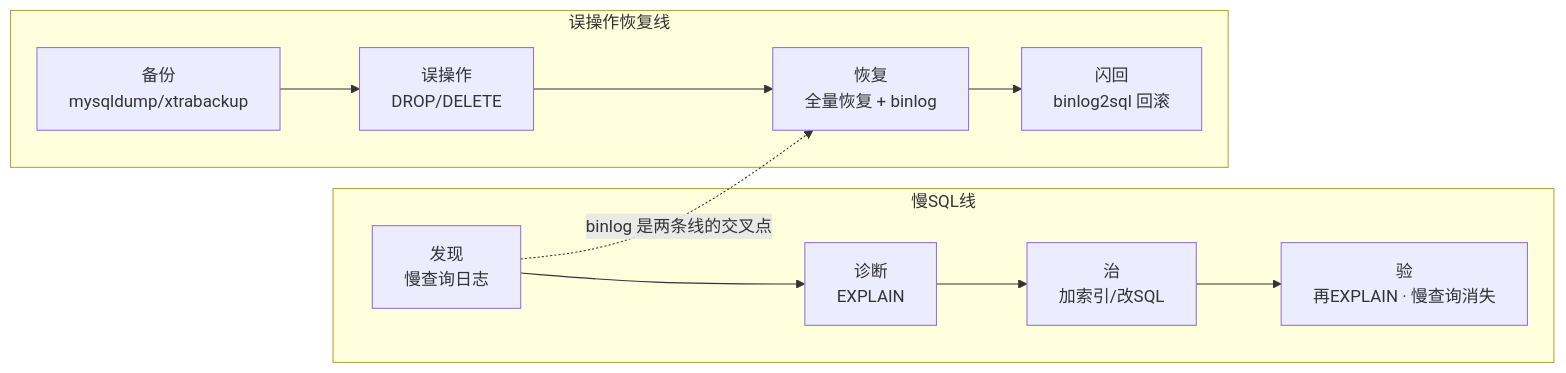
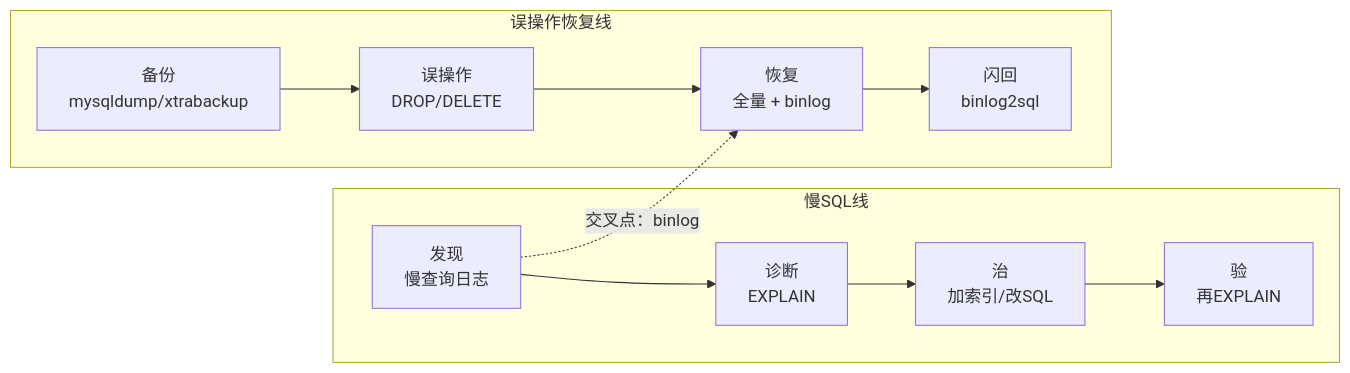
The first of 4 diagrams in 02-中间件与数据库/01-MySQL/05-备份恢复与慢查询治理/知识点.md (ml-cuizijun/LearnToLilith), drawn with Mermaid before and after one commit. The commit also changed other lines of this file and 178 other files, not shown here.

````diff
--- a/02-中间件与数据库/01-MySQL/05-备份恢复与慢查询治理/知识点.md
+++ b/02-中间件与数据库/01-MySQL/05-备份恢复与慢查询治理/知识点.md
@@ -19,14 +14,14 @@
 ```mermaid
 flowchart LR
     subgraph line1["慢SQL线"]
         S1["发现<br/>慢查询日志"] --> S2["诊断<br/>EXPLAIN"]
         S2 --> S3["治<br/>加索引/改SQL"]
-        S3 --> S4["验<br/>再EXPLAIN · 慢查询消失"]
+        S3 --> S4["验<br/>再EXPLAIN"]
     end
     subgraph line2["误操作恢复线"]
         B1["备份<br/>mysqldump/xtrabackup"] --> B2["误操作<br/>DROP/DELETE"]
-        B2 --> B3["恢复<br/>全量恢复 + binlog"]
-        B3 --> B4["闪回<br/>binlog2sql 回滚"]
+        B2 --> B3["恢复<br/>全量 + binlog"]
+        B3 --> B4["闪回<br/>binlog2sql"]
     end
-    S1 -.->|"binlog 是两条线的交叉点"| B3
+    S1 -.->|"交叉点：binlog"| B3
 ```
````
